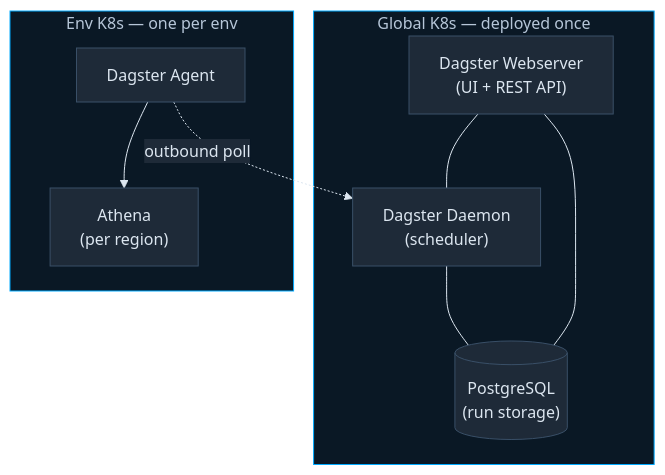
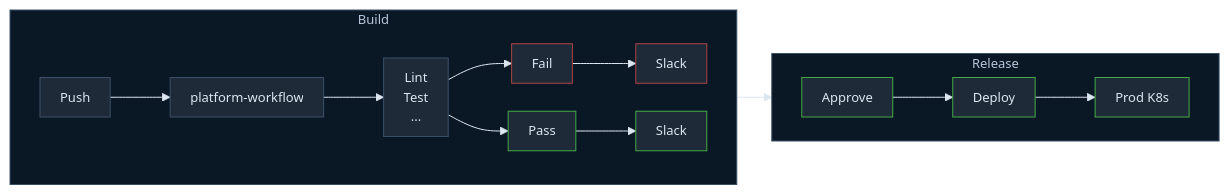
One commit to mosh-ja/itl-presentation changed the second of 2 diagrams in pages/07-deployment.md. Above: the diagram before and after it, drawn with Mermaid. The commit also changed other lines of this file and 11 other files, not shown here.

````diff
--- a/pages/07-deployment.md
+++ b/pages/07-deployment.md
@@ -59,31 +74,38 @@
 ```mermaid
 %%{init: {
   'theme': 'base',
+  'flowchart': { 'nodeSpacing': 28, 'rankSpacing': 35, 'padding': 10 },
   'themeVariables': {
     'background': '#0B0F14',
     'primaryColor': '#1e2a38',
     'primaryBorderColor': '#3a5068',
     'primaryTextColor': '#dce6f0',
     'lineColor': '#dce6f0',
     'edgeColor': '#7ab8e0',
     'edgeLabelBackground': '#1e2a38',
+    'fontSize': '13px',
     'clusterBkg': '#0a1825',
-    'clusterBorder': '#00aaff'
+    'clusterBorder': '#3a5068'
   }
 }}%%
-graph TD
-    subgraph CP["Global K8s — deployed once"]
-        Web["Dagster Webserver\n(UI + REST API)"]
-        Daemon["Dagster Daemon\n(scheduler)"]
-        PG[("PostgreSQL\n(run storage)")]
-        Web --- Daemon
-        Web --- PG
-        Daemon --- PG
+graph LR
+    subgraph build["Build"]
+        direction LR
+        Push["Push"] --> GHA["platform-workflow"] --> CI["Lint\nTest\n..."]
+        CI --> Fail["Fail"]
+        CI --> Pass["Pass"]
+        Fail --> SlackFail["Slack"]
+        Pass --> SlackPass["Slack"]
     end
-    subgraph EK["Env K8s — one per env"]
-        Agent["Dagster Agent"]
-        Athena["Athena\n(per region)"]
-        Agent --> Athena
+    subgraph release["Release"]
+        direction LR
+        Approve["Approve"] --> Deploy["Deploy"] --> Prod["Prod K8s"]
     end
-    Agent -.->|"outbound poll"| Daemon
+    SlackPass --> Approve
+
+    classDef ok stroke:#44aa44
+    classDef bad stroke:#aa4444
+
+    class Pass,SlackPass,Approve,Deploy,Prod ok
+    class Fail,SlackFail bad
 ```
````
